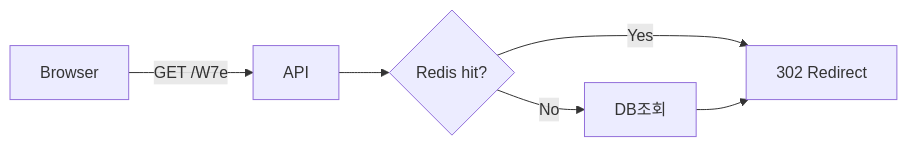
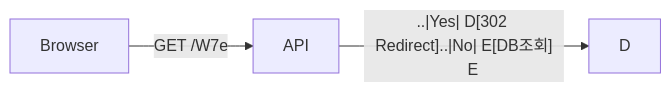
The fourth of 8 diagrams in _posts/systemdesign/2026-05-02-system-design-url-shortener.md (yjkim2015/yjkim2015.github.io), drawn with Mermaid before and after one commit. The commit also changed other lines of this file and 149 other files, not shown here.

First line of the commit message:
Mermaid 가독성 개선: 라벨 축약, 노드 축소, TD→LR 변환

````diff
--- a/_posts/systemdesign/2026-05-02-system-design-url-shortener.md
+++ b/_posts/systemdesign/2026-05-02-system-design-url-shortener.md
@@ -193,8 +192,6 @@
 ```mermaid
 graph LR
     A[Browser] -->|GET /W7e| B[API]
-    B --> C{Redis hit?}
-    C -->|Yes| D[302 Redirect]
-    C -->|No| E[DB조회]
+    B --..|Yes| D[302 Redirect]..|No| E[DB조회]
     E --> D
 ```
````
